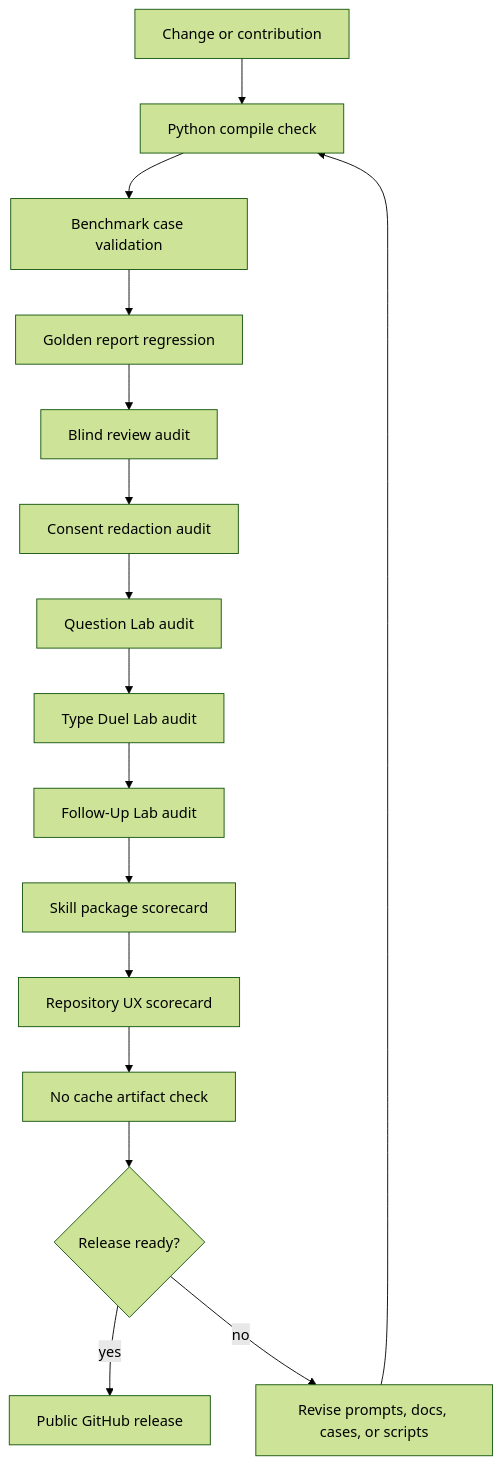
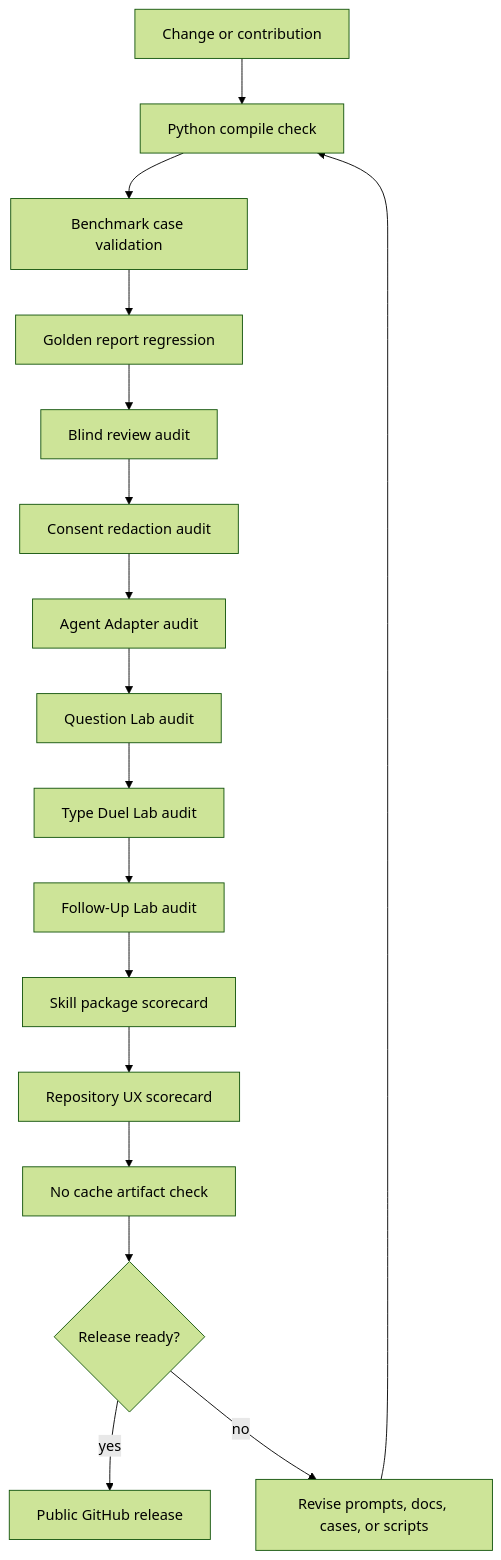
Before and after one commit to Zaoqu-Liu/mbti-typing-skill: the fourth of 5 diagrams in README.md, drawn with Mermaid (forest theme). The commit also changed other lines of this file and 21 other files, not shown here.

````diff
--- a/README.md
+++ b/README.md
@@ -354,18 +386,19 @@
 ```mermaid
 flowchart TD
     PR[Change or contribution] --> Compile[Python compile check]
     Compile --> Cases[Benchmark case validation]
     Cases --> Golden[Golden report regression]
     Golden --> Blind[Blind review audit]
     Blind --> Consent[Consent redaction audit]
-    Consent --> QuestionLab[Question Lab audit]
+    Consent --> Adapter[Agent Adapter audit]
+    Adapter --> QuestionLab[Question Lab audit]
     QuestionLab --> TypeDuel[Type Duel Lab audit]
     TypeDuel --> FollowUp[Follow-Up Lab audit]
     FollowUp --> SkillScore[Skill package scorecard]
     SkillScore --> UXScore[Repository UX scorecard]
     UXScore --> Cache[No cache artifact check]
     Cache --> Release{Release ready?}
     Release -->|yes| Publish[Public GitHub release]
     Release -->|no| Fix[Revise prompts, docs, cases, or scripts]
     Fix --> Compile
 ```
````
